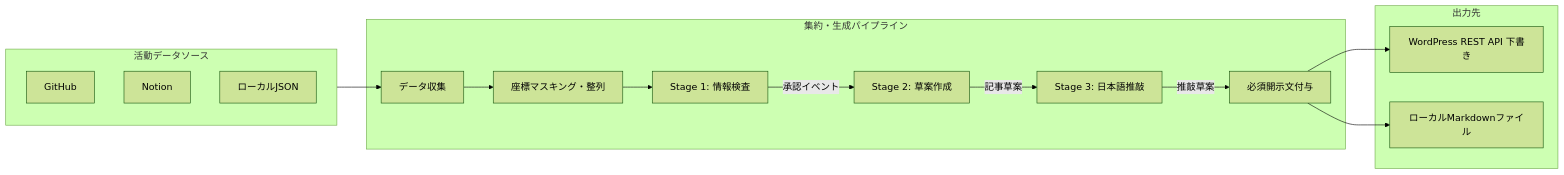
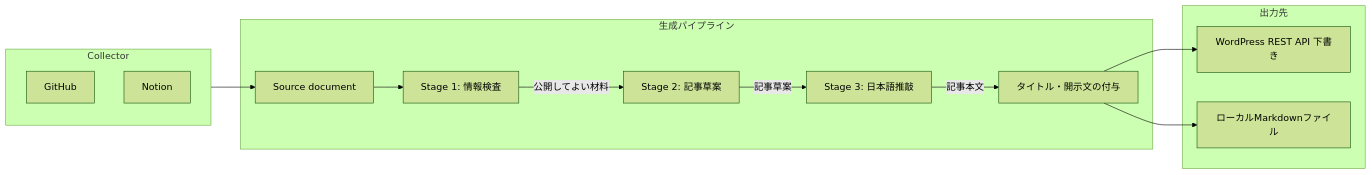
One commit to sakashita44/activity-digest changed the diagram in docs/concept.md. Above: the diagram before and after it, drawn with Mermaid (forest theme). The commit also changed other lines of this file and 13 other files, not shown here.

First line of the commit message:
feat!: 生成AIへの入力をソースごとの前提を持つ Source document にする

````diff
--- a/docs/concept.md
+++ b/docs/concept.md
@@ -27,31 +33,28 @@
 ```mermaid
 flowchart LR
-    subgraph Sources [活動データソース]
-        S1[GitHub]
-        S2[Notion]
-        S3[ローカルJSON]
+    subgraph Collectors [Collector]
+        C1[GitHub]
+        C2[Notion]
     end
 
-    subgraph Core [集約・生成パイプライン]
-        Collector[データ収集]
-        Redact[座標マスキング・整列]
+    subgraph Core [生成パイプライン]
+        Docs[Source document]
         Stage1[Stage 1: 情報検査]
-        Stage2[Stage 2: 草案作成]
+        Stage2[Stage 2: 記事草案]
         Stage3[Stage 3: 日本語推敲]
-        Disclosure[必須開示文付与]
+        Assemble[タイトル・開示文の付与]
     end
 
     subgraph Destination [出力先]
         WP[WordPress REST API 下書き]
         File[ローカルMarkdownファイル]
     end
 
-    Sources --> Collector
-    Collector --> Redact
-    Redact --> Stage1
-    Stage1 -->|承認イベント| Stage2
+    Collectors --> Docs
+    Docs --> Stage1
+    Stage1 -->|公開してよい材料| Stage2
     Stage2 -->|記事草案| Stage3
-    Stage3 -->|推敲草案| Disclosure
-    Disclosure --> WP
-    Disclosure --> File
+    Stage3 -->|記事本文| Assemble
+    Assemble --> WP
+    Assemble --> File
 ```
````
